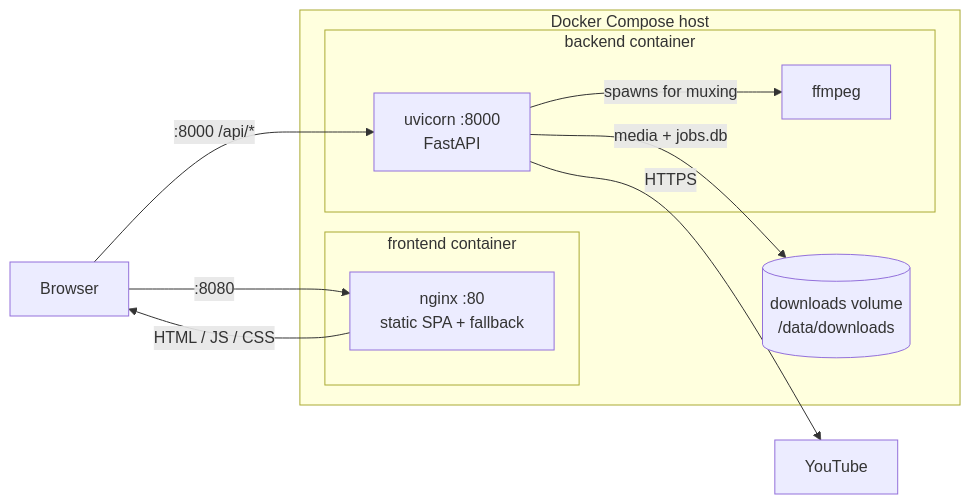
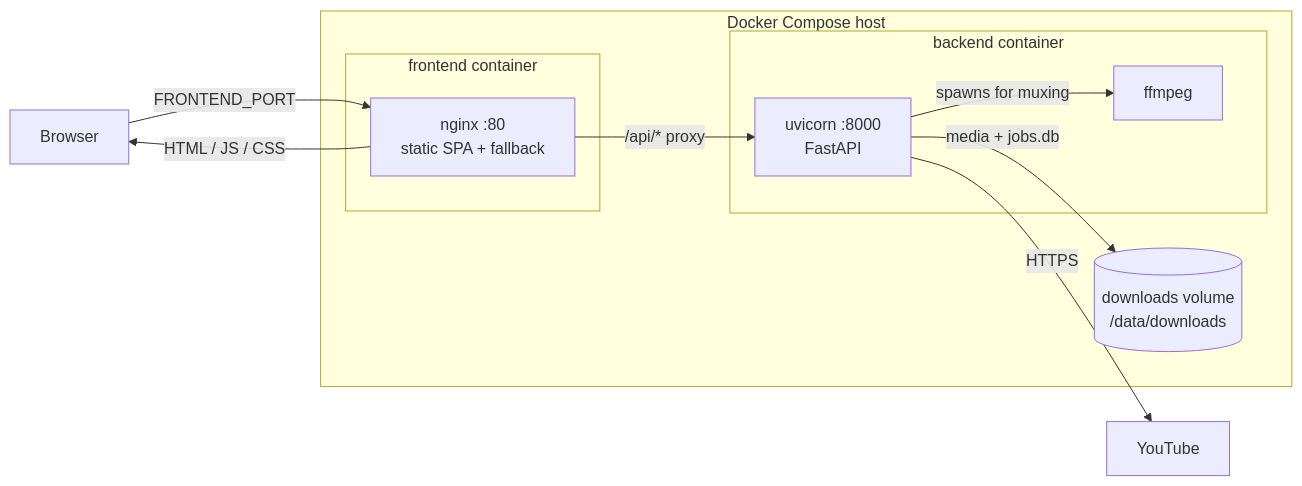
One commit to botij0/ytb-downloader changed the seventh of 7 diagrams in ARCHITECTURE.md. Above: the diagram before and after it, drawn with Mermaid. The commit also changed other lines of this file and 7 other files, not shown here.

````diff
--- a/ARCHITECTURE.md
+++ b/ARCHITECTURE.md
@@ -593,22 +594,22 @@
 ```mermaid
 flowchart LR
     browser["Browser"]
     subgraph compose["Docker Compose host"]
         subgraph frontendC["frontend container"]
             nginx["nginx :80<br/>static SPA + fallback"]
         end
         subgraph backendC["backend container"]
             uvicorn["uvicorn :8000<br/>FastAPI"]
             ffmpeg["ffmpeg"]
         end
         volume[("downloads volume<br/>/data/downloads")]
     end
     youtube["YouTube"]
 
-    browser -->|":8080"| nginx
+    browser -->|"FRONTEND_PORT"| nginx
     nginx -->|"HTML / JS / CSS"| browser
-    browser -->|":8000 /api/*"| uvicorn
+    nginx -->|"/api/* proxy"| uvicorn
     uvicorn -->|"media + jobs.db"| volume
     uvicorn -->|"spawns for muxing"| ffmpeg
     uvicorn -->|"HTTPS"| youtube
 ```
````
